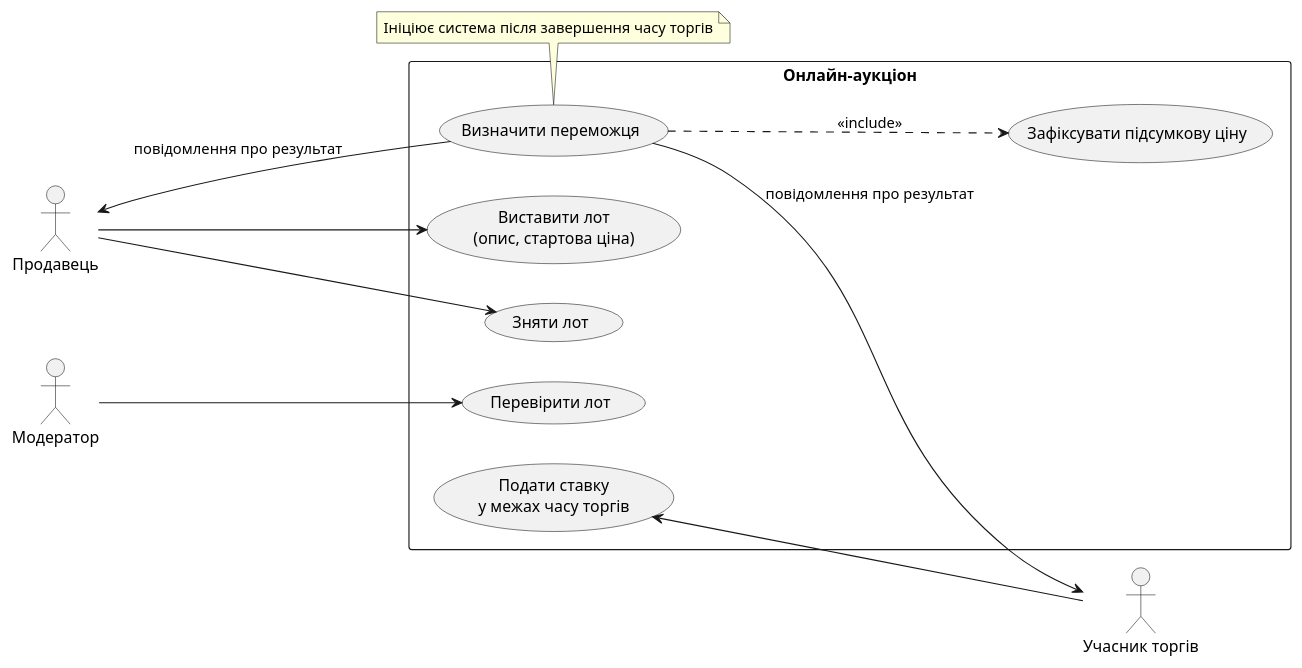
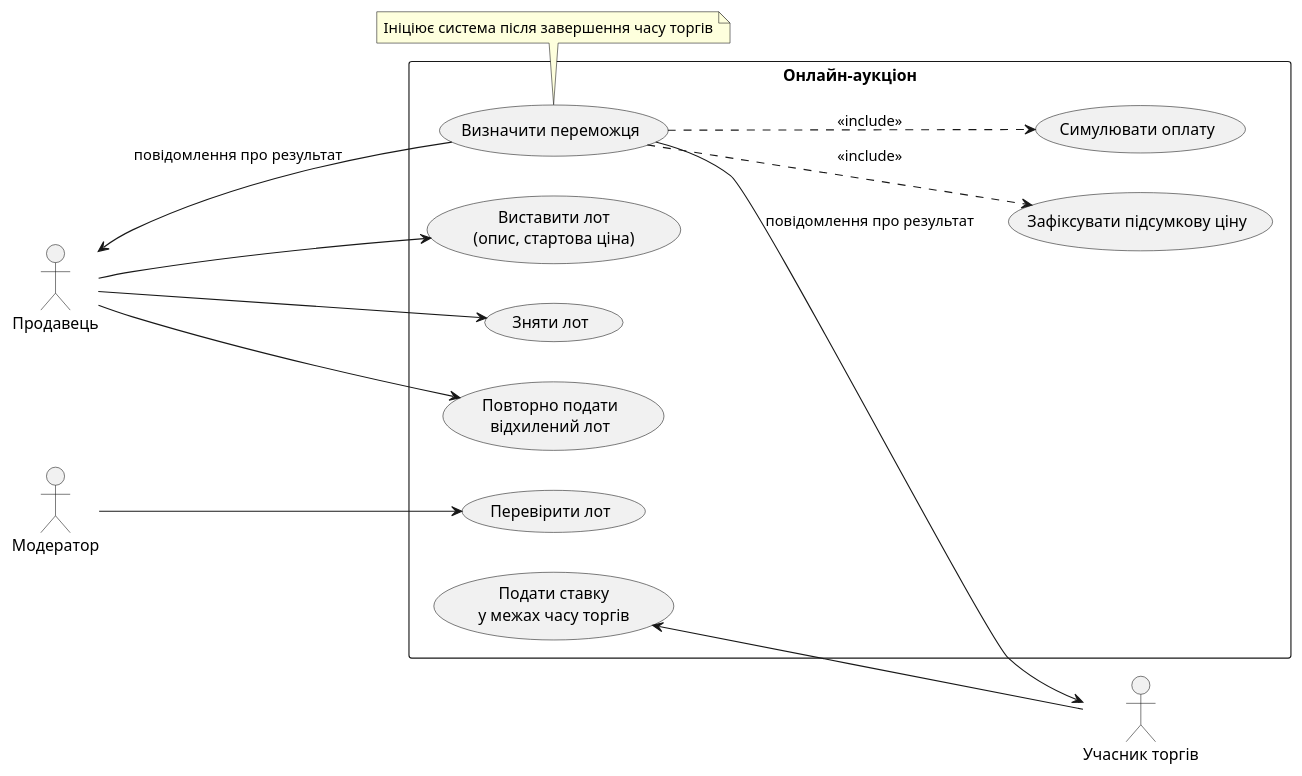
The diagram in docs/usecase.puml (KitoragiVioleta/onlineauction), drawn with PlantUML before and after one commit. The commit also changed 17 other files, not shown here.

```diff
--- a/docs/usecase.puml
+++ b/docs/usecase.puml
@@ -1,29 +1,33 @@
 @startuml
 left to right direction
 skinparam packageStyle rectangle
 
 actor "Продавець" as Seller
 actor "Учасник торгів" as Bidder
 actor "Модератор" as Moderator
 
 rectangle "Онлайн-аукціон" {
   usecase "Виставити лот\n(опис, стартова ціна)" as UC_CreateLot
   usecase "Зняти лот" as UC_WithdrawLot
   usecase "Перевірити лот" as UC_ReviewLot
+  usecase "Повторно подати\nвідхилений лот" as UC_ResubmitLot
   usecase "Подати ставку\nу межах часу торгів" as UC_PlaceBid
   usecase "Визначити переможця" as UC_DetermineWinner
   usecase "Зафіксувати підсумкову ціну" as UC_FinalPrice
+  usecase "Симулювати оплату" as UC_Charge
 }
 
 Seller --> UC_CreateLot
 Seller --> UC_WithdrawLot
+Seller --> UC_ResubmitLot
 Moderator --> UC_ReviewLot
 Bidder --> UC_PlaceBid
 
 UC_DetermineWinner ..> UC_FinalPrice : <<include>>
+UC_DetermineWinner ..> UC_Charge : <<include>>
 UC_DetermineWinner --> Seller : повідомлення про результат
 UC_DetermineWinner --> Bidder : повідомлення про результат
 note bottom of UC_DetermineWinner
   Ініціює система після завершення часу торгів
 end note
 @enduml
```
